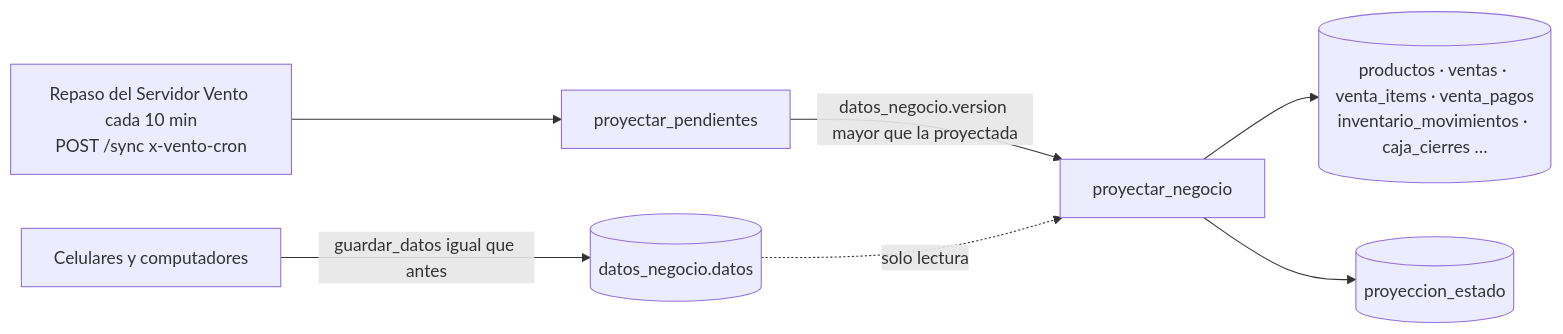
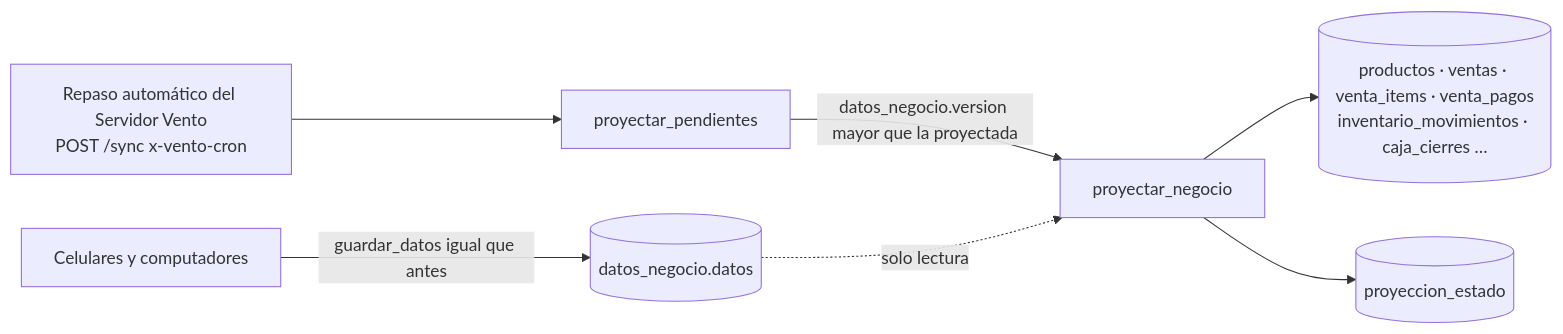
The diagram in puente/ARQUITECTURA-DATOS-FASE-A.md (cristhianlujan45-blip/ORDEVA), drawn with Mermaid before and after one commit. The commit also changed other lines of this file and 12 other files, not shown here.

First line of the commit message:
1.53.0: la clave de IA del negocio sale de los datos compartidos y vive cifrada en el Servidor Vento (la IA del negocio pasa por vento-pagos /ia; guardar_datos la quita de cada guardado y de los respaldos nuevos; Ajustes para cambiarla o quitarla solo dueño/admin)

````diff
--- a/puente/ARQUITECTURA-DATOS-FASE-A.md
+++ b/puente/ARQUITECTURA-DATOS-FASE-A.md
@@ -14,9 +14,9 @@
 ```mermaid
 flowchart LR
   A[Celulares y computadores] -- guardar_datos igual que antes --> D[(datos_negocio.datos)]
-  C[Repaso del Servidor Vento cada 10 min<br>POST /sync x-vento-cron] --> P[proyectar_pendientes]
+  C[Repaso automático del Servidor Vento<br>POST /sync x-vento-cron] --> P[proyectar_pendientes]
   P -- datos_negocio.version mayor que la proyectada --> N[proyectar_negocio]
   D -. solo lectura .-> N
   N --> T[(productos · ventas · venta_items · venta_pagos<br>inventario_movimientos · caja_cierres …)]
   N --> E[(proyeccion_estado)]
 ```
````
